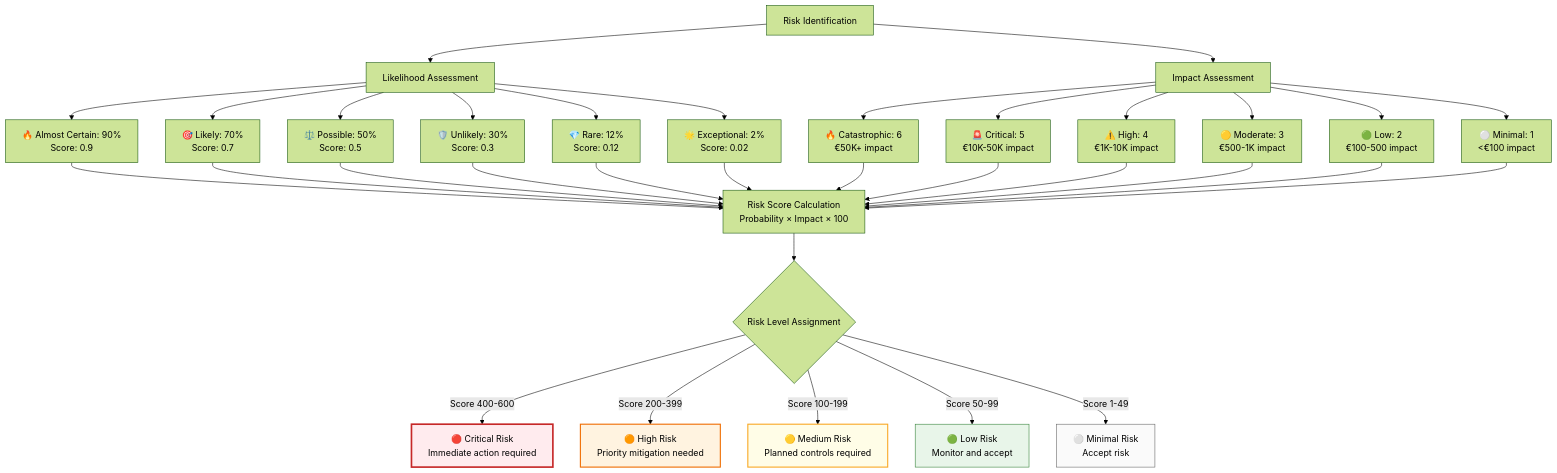
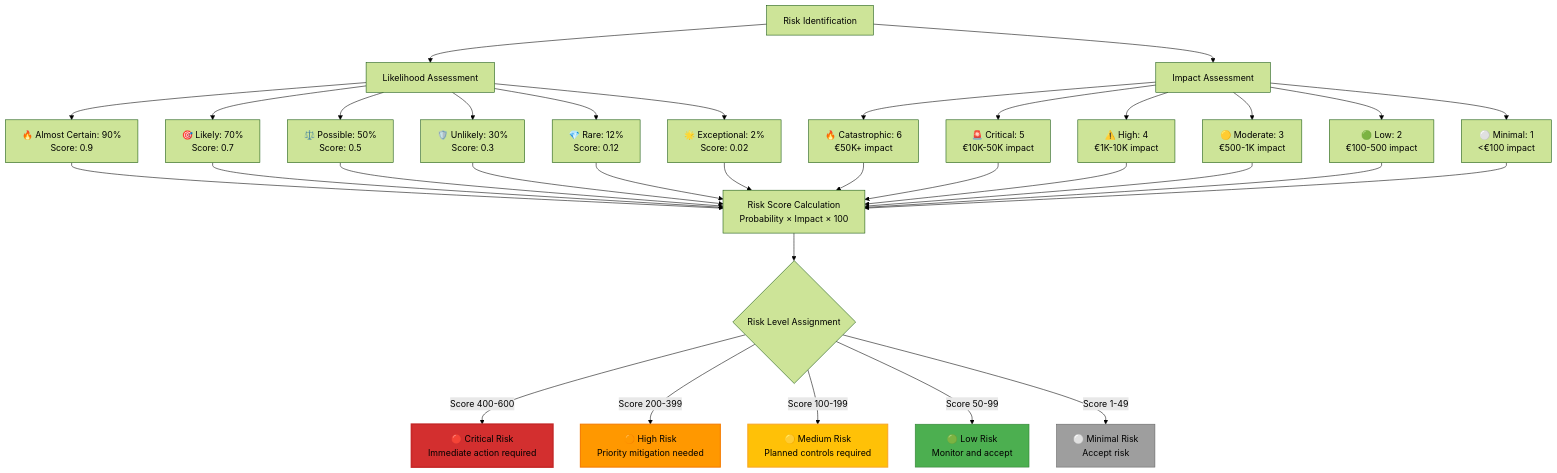
One commit to Hack23/ISMS-PUBLIC changed the first of 4 diagrams in Risk_Assessment_Methodology.md. Above: the diagram before and after it, drawn with Mermaid (forest theme). The commit also changed other lines of this file and 35 other files, not shown here.

````diff
--- a/Risk_Assessment_Methodology.md
+++ b/Risk_Assessment_Methodology.md
@@ -82,46 +82,46 @@
 ```mermaid
 graph TD
     A[Risk Identification] --> B[Likelihood Assessment]
     A --> C[Impact Assessment]
     
     B --> B1[🔥 Almost Certain: 90%<br/>Score: 0.9]
     B --> B2[🎯 Likely: 70%<br/>Score: 0.7]
     B --> B3[⚖️ Possible: 50%<br/>Score: 0.5]
     B --> B4[🛡️ Unlikely: 30%<br/>Score: 0.3]
     B --> B5[💎 Rare: 12%<br/>Score: 0.12]
     B --> B6[🌟 Exceptional: 2%<br/>Score: 0.02]
     
     C --> C1[🔥 Catastrophic: 6<br/>€50K+ impact]
     C --> C2[🚨 Critical: 5<br/>€10K-50K impact]
     C --> C3[⚠️ High: 4<br/>€1K-10K impact]
     C --> C4[🟡 Moderate: 3<br/>€500-1K impact]
     C --> C5[🟢 Low: 2<br/>€100-500 impact]
     C --> C6[⚪ Minimal: 1<br/><€100 impact]
     
     B1 --> D[Risk Score Calculation<br/>Probability × Impact × 100]
     B2 --> D
     B3 --> D
     B4 --> D
     B5 --> D
     B6 --> D
     C1 --> D
     C2 --> D
     C3 --> D
     C4 --> D
     C5 --> D
     C6 --> D
     
     D --> E{Risk Level Assignment}
     
     E -->|Score 400-600| F[🔴 Critical Risk<br/>Immediate action required]
     E -->|Score 200-399| G[🟠 High Risk<br/>Priority mitigation needed]
     E -->|Score 100-199| H[🟡 Medium Risk<br/>Planned controls required]
     E -->|Score 50-99| I[🟢 Low Risk<br/>Monitor and accept]
     E -->|Score 1-49| J[⚪ Minimal Risk<br/>Accept risk]
     
-    style F fill:#ffebee,stroke:#c62828,stroke-width:3px
-    style G fill:#fff3e0,stroke:#ef6c00,stroke-width:2px
-    style H fill:#fffde7,stroke:#f9a825,stroke-width:2px
-    style I fill:#e8f5e9,stroke:#2e7d32,stroke-width:1px
-    style J fill:#fafafa,stroke:#616161,stroke-width:1px
+    style F fill:#D32F2F,stroke:#c62828,stroke-width:3px
+    style G fill:#FF9800,stroke:#F57C00,stroke-width:2px
+    style H fill:#FFC107,stroke:#f9a825,stroke-width:2px
+    style I fill:#4CAF50,stroke:#2e7d32,stroke-width:1px
+    style J fill:#9E9E9E,stroke:#616161,stroke-width:1px
 ```
````
